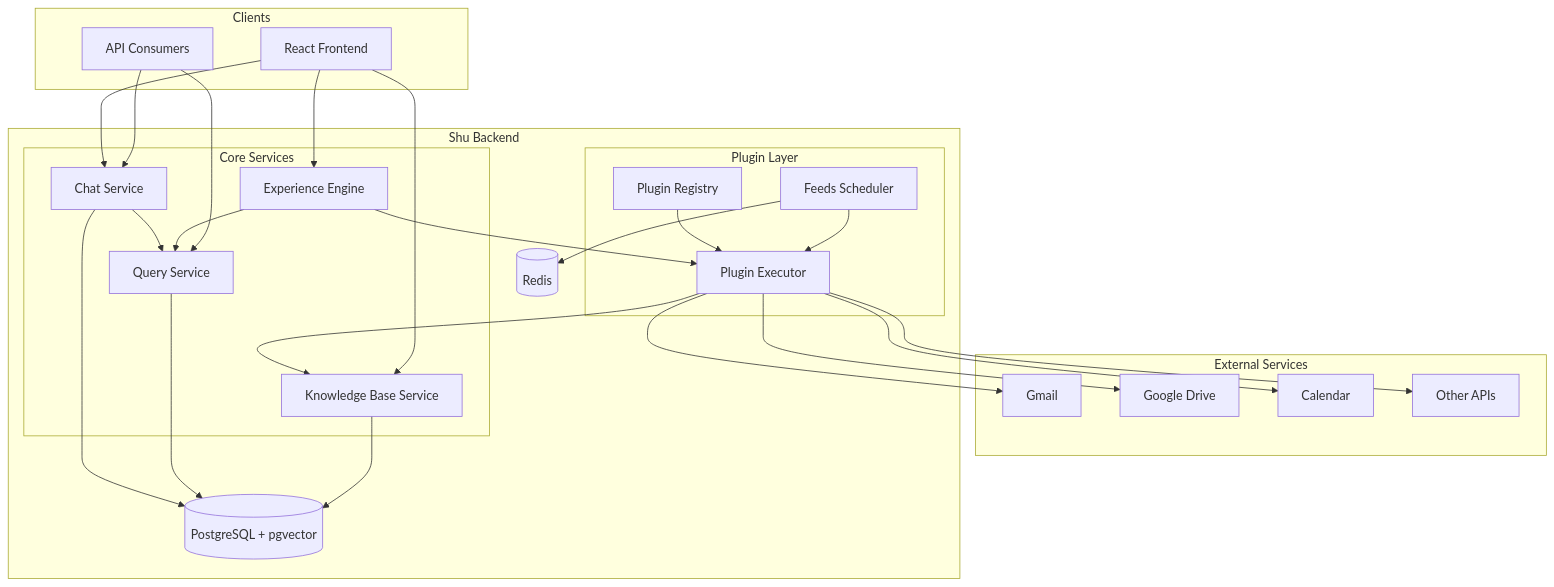
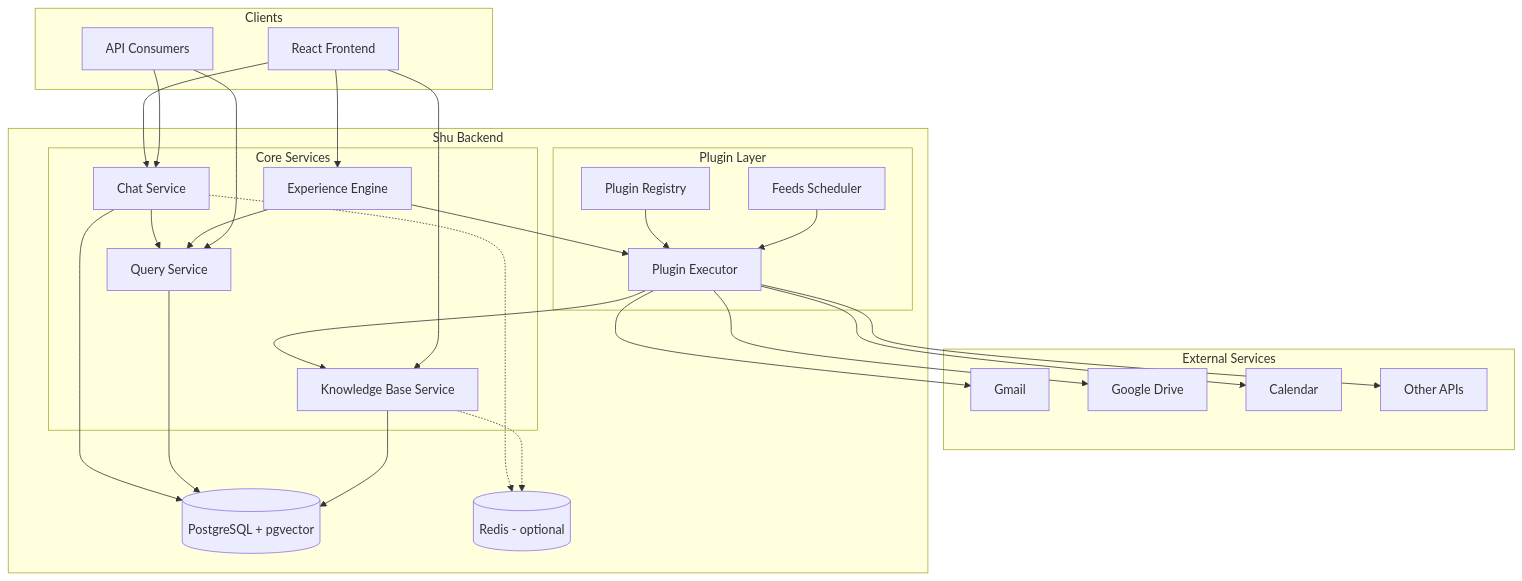
One commit to Open-Shu/shu changed the diagram in README.md. Above: the diagram before and after it, drawn with Mermaid. The commit also changed other lines of this file and 3 other files, not shown here.

````diff
--- a/README.md
+++ b/README.md
@@ -47,53 +47,54 @@
 ```mermaid
 graph TD
     subgraph "External Services"
         A[Gmail]
         B[Google Drive]
         C[Calendar]
         D[Other APIs]
     end
 
     subgraph "Shu Backend"
         subgraph "Plugin Layer"
             E[Plugin Registry]
             F[Plugin Executor]
             G[Feeds Scheduler]
         end
 
         subgraph "Core Services"
             H[Chat Service]
             I[Query Service]
             J[Experience Engine]
             K[Knowledge Base Service]
         end
 
         L[(PostgreSQL + pgvector)]
-        M[(Redis)]
+        M[(Redis - optional)]
 
         E --> F
         G --> F
         F --> A
         F --> B
         F --> C
         F --> D
         F --> K
         H --> I
         H --> L
         I --> L
         J --> F
         J --> I
         K --> L
-        G --> M
+        H -.-> M
+        K -.-> M
     end
 
     subgraph "Clients"
         N[React Frontend]
         O[API Consumers]
     end
 
     N --> H
     N --> J
     N --> K
     O --> H
     O --> I
 ```
````
